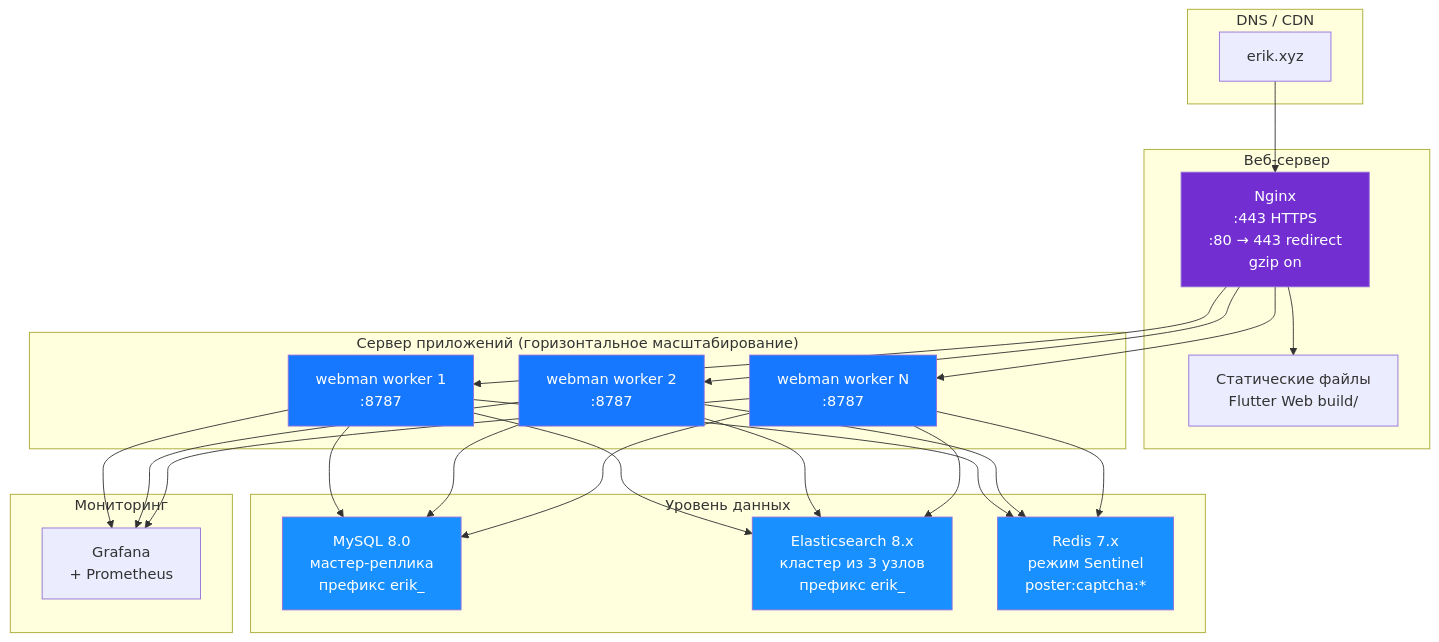
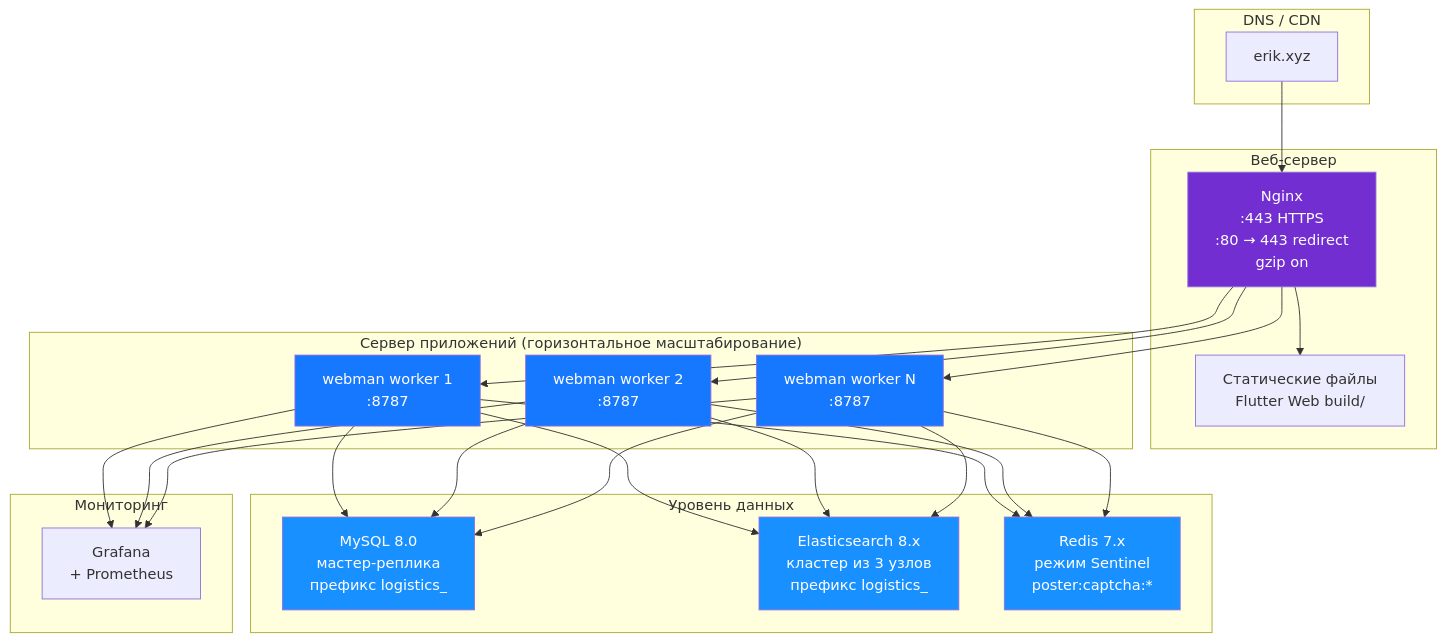
Diagram 14 of 14 in admin/docs/ARCHITECTURE.ru.md (erikwang2013/integrated-global-logistics), drawn with Mermaid before and after one commit. The commit also changed other lines of this file and 211 other files, not shown here.

````diff
--- a/admin/docs/ARCHITECTURE.ru.md
+++ b/admin/docs/ARCHITECTURE.ru.md
@@ -652,43 +652,43 @@
 ```mermaid
 flowchart TB
     subgraph "DNS / CDN"
         DNS["erik.xyz"]
     end
 
     subgraph "Веб-сервер"
         NGX["Nginx<br/>:443 HTTPS<br/>:80 → 443 redirect<br/>gzip on"]
         STA["Статические файлы<br/>Flutter Web build/"]
     end
 
     subgraph "Сервер приложений (горизонтальное масштабирование)"
         WM1["webman worker 1<br/>:8787"]
         WM2["webman worker 2<br/>:8787"]
         WM3["webman worker N<br/>:8787"]
     end
 
     subgraph "Уровень данных"
-        MYSQL["MySQL 8.0<br/>мастер-реплика<br/>префикс erik_"]
-        ES["Elasticsearch 8.x<br/>кластер из 3 узлов<br/>префикс erik_"]
+        MYSQL["MySQL 8.0<br/>мастер-реплика<br/>префикс logistics_"]
+        ES["Elasticsearch 8.x<br/>кластер из 3 узлов<br/>префикс logistics_"]
         REDIS["Redis 7.x<br/>режим Sentinel<br/>poster:captcha:*"]
     end
 
     subgraph "Мониторинг"
         MON["Grafana<br/>+ Prometheus"]
     end
 
     DNS --> NGX
     NGX --> STA
     NGX --> WM1 & WM2 & WM3
     WM1 & WM2 & WM3 --> MYSQL
     WM1 & WM2 & WM3 --> ES
     WM1 & WM2 & WM3 --> REDIS
     WM1 & WM2 & WM3 --> MON
 
     style NGX fill:#722ED1,color:#fff
     style WM1 fill:#1677FF,color:#fff
     style WM2 fill:#1677FF,color:#fff
     style WM3 fill:#1677FF,color:#fff
     style MYSQL fill:#1890FF,color:#fff
     style ES fill:#1890FF,color:#fff
     style REDIS fill:#1890FF,color:#fff
 ```
````
